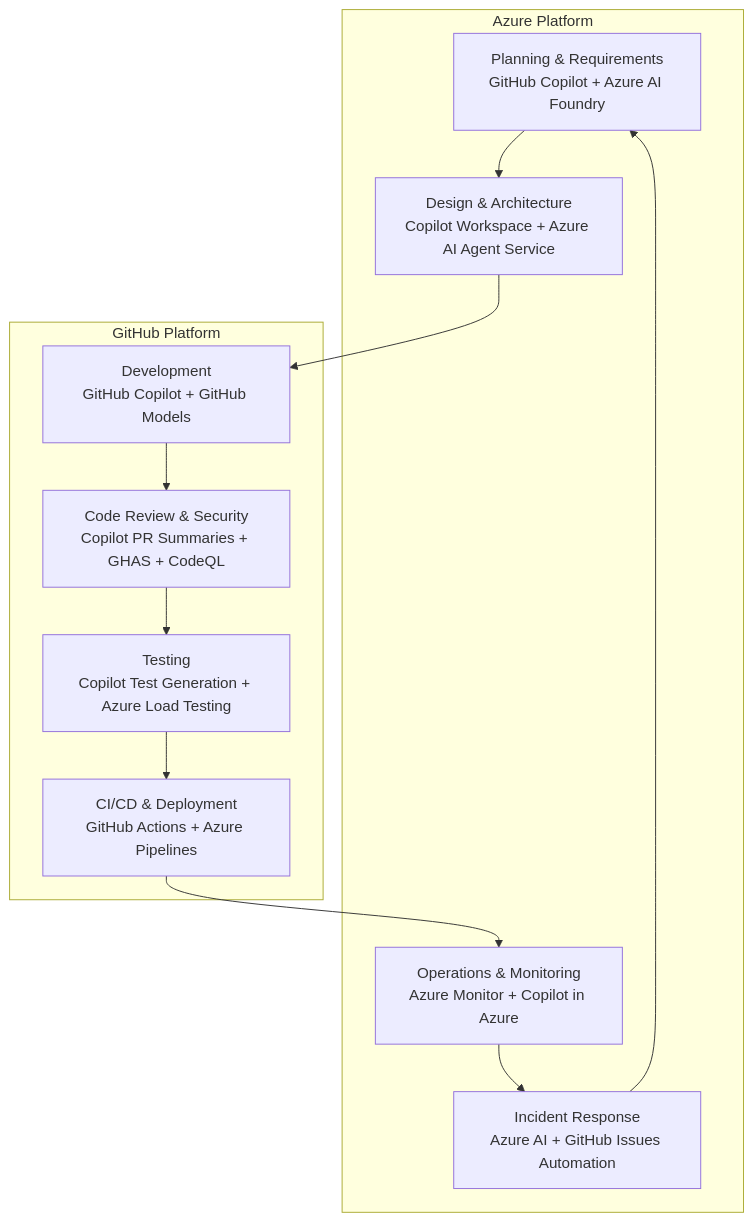
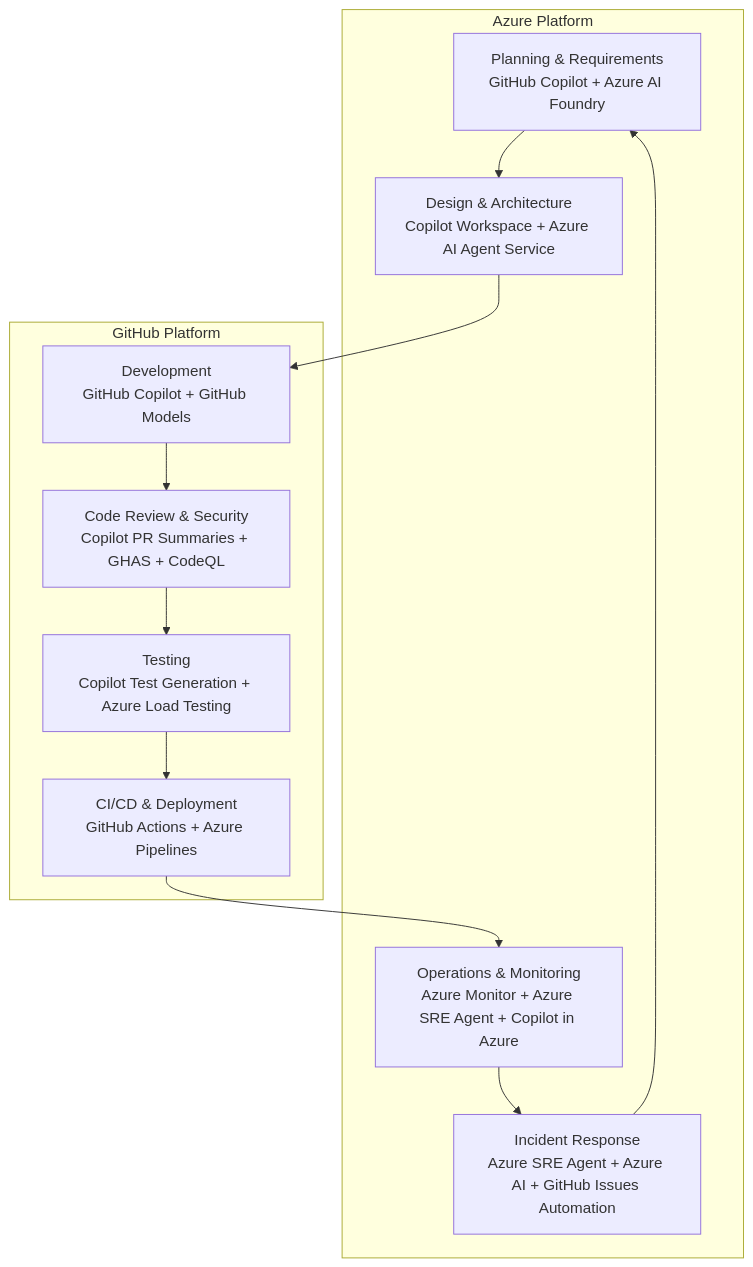
One commit to jharbieh-microsoft/az-tracing changed the diagram in AGENTIC_SDLC.md. Above: the diagram before and after it, drawn with Mermaid. The commit also changed other lines of this file, not shown here.

First line of the commit message:
docs: expand AGENTIC_SDLC with Azure SRE Agent and detailed GitHub.com config

````diff
--- a/AGENTIC_SDLC.md
+++ b/AGENTIC_SDLC.md
@@ -9,25 +9,25 @@
 ```mermaid
 flowchart TD
     A[Planning & Requirements\nGitHub Copilot + Azure AI Foundry] --> B[Design & Architecture\nCopilot Workspace + Azure AI Agent Service]
     B --> C[Development\nGitHub Copilot + GitHub Models]
     C --> D[Code Review & Security\nCopilot PR Summaries + GHAS + CodeQL]
     D --> E[Testing\nCopilot Test Generation + Azure Load Testing]
     E --> F[CI/CD & Deployment\nGitHub Actions + Azure Pipelines]
-    F --> G[Operations & Monitoring\nAzure Monitor + Copilot in Azure]
-    G --> H[Incident Response\nAzure AI + GitHub Issues Automation]
+    F --> G[Operations & Monitoring\nAzure Monitor + Azure SRE Agent + Copilot in Azure]
+    G --> H[Incident Response\nAzure SRE Agent + Azure AI + GitHub Issues Automation]
     H --> A
 
     subgraph GitHub Platform
         C
         D
         E
         F
     end
 
     subgraph Azure Platform
         A
         B
         G
         H
     end
 ```
````
